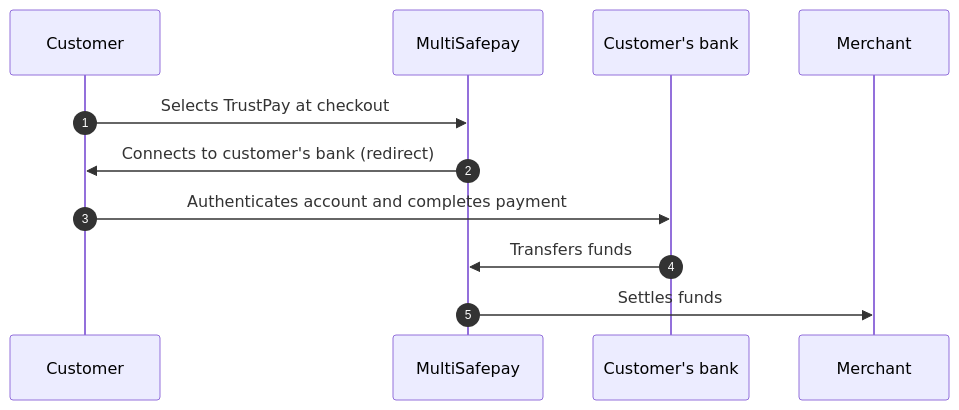
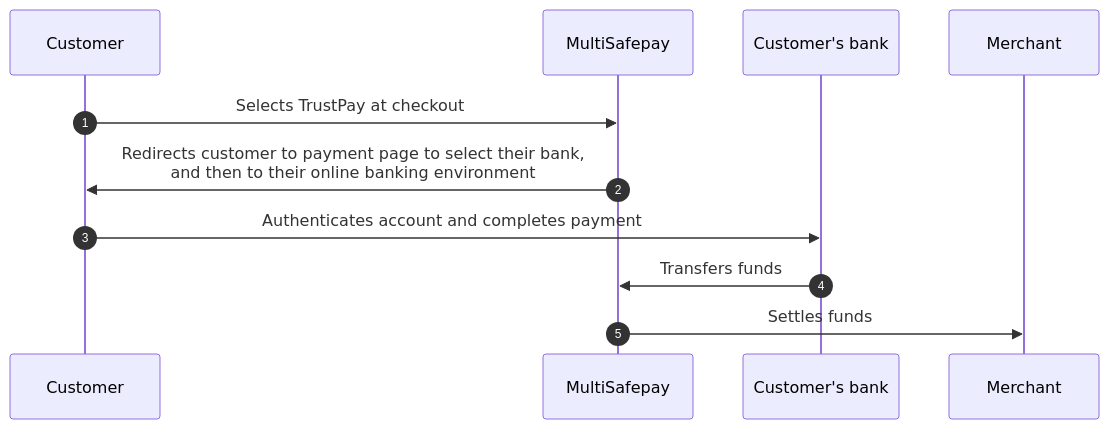
One commit to MultiSafepay/docs changed the diagram in content/payments/methods/banks/trustpay/payment-flow.md. Above: the diagram before and after it, drawn with Mermaid. The commit also changed other lines of this file and 20 other files, not shown here.

```diff
--- a/content/payments/methods/banks/trustpay/payment-flow.md
+++ b/content/payments/methods/banks/trustpay/payment-flow.md
@@ -17,16 +17,16 @@
 {{< mermaid class="text-center" >}}
 
 sequenceDiagram
     autonumber
     participant C as Customer
     participant Mu as MultiSafepay
     participant CB as Customer's bank
     participant Me as Merchant
 
     C->>Mu: Selects TrustPay at checkout
-    Mu->>C: Connects to customer's bank (redirect)
+    Mu->>C: Redirects customer to payment page to select their bank, <br> and then to their online banking environment
     C->>CB: Authenticates account and completes payment
     CB->>Mu: Transfers funds 
     Mu->>Me: Settles funds
 
 {{< /mermaid >}}
```
